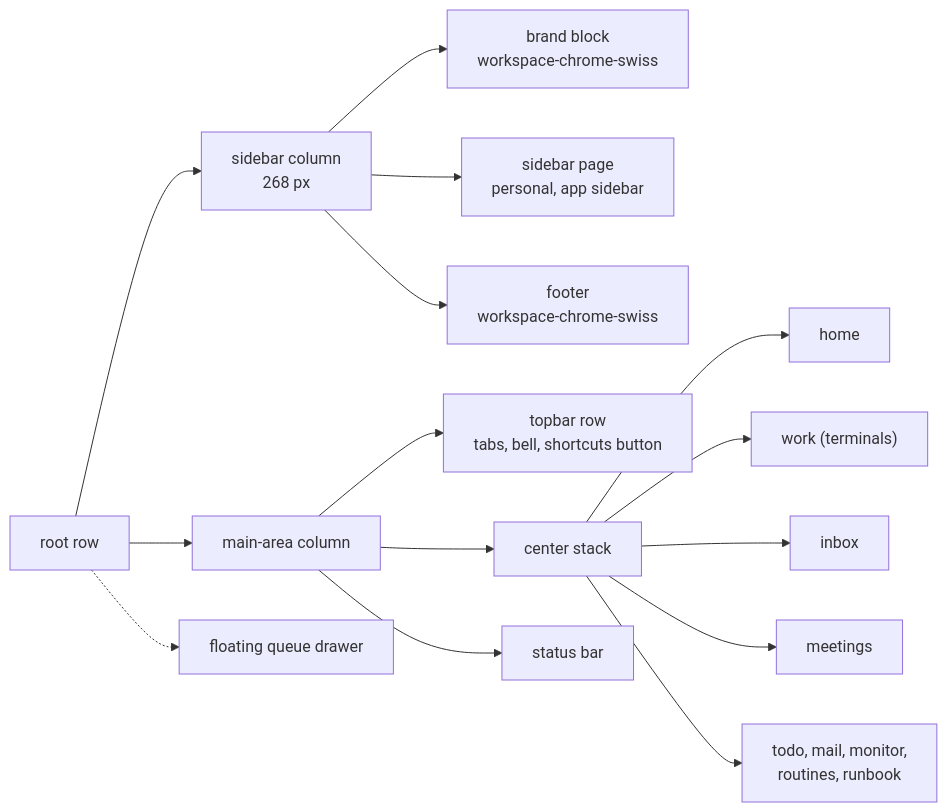
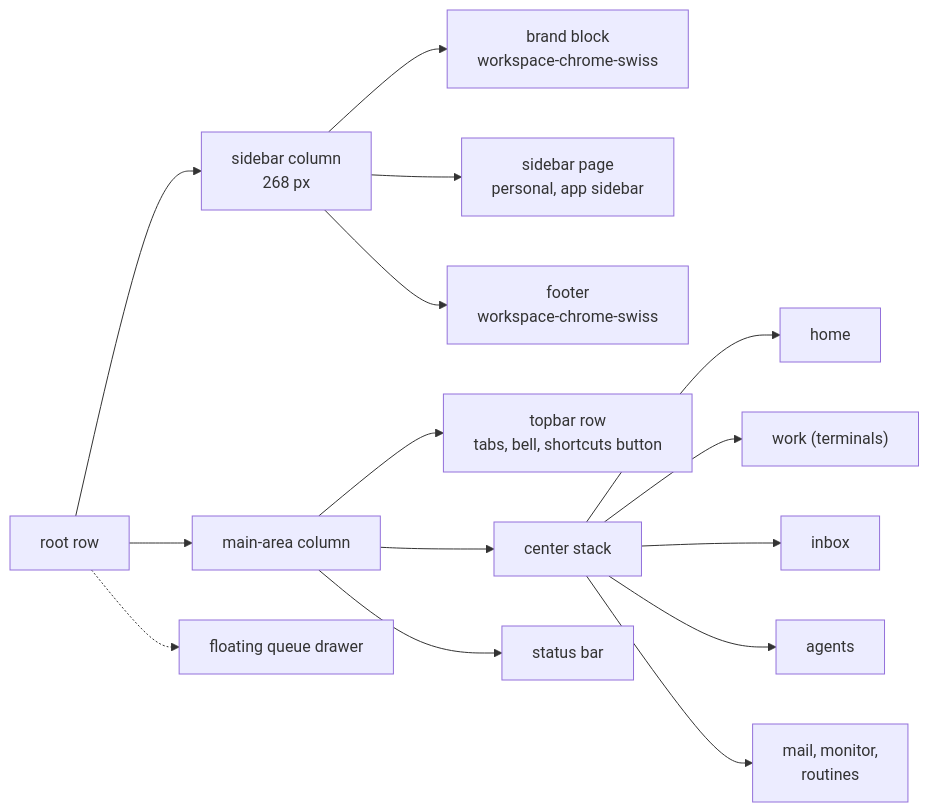
One commit to TQKNG/khanh-agent-workspace changed the second of 12 diagrams in herdr-layouts/khanh-personal/ARCHITECTURE.md. Above: the diagram before and after it, drawn with Mermaid. The commit also changed other lines of this file and 47 other files, not shown here.

````diff
--- a/herdr-layouts/khanh-personal/ARCHITECTURE.md
+++ b/herdr-layouts/khanh-personal/ARCHITECTURE.md
@@ -49,17 +52,17 @@
 ```mermaid
 flowchart LR
     ROOT["root row"] --> SIDEBAR["sidebar column<br/>268 px"]
     ROOT --> MAIN["main-area column"]
     SIDEBAR --> BRAND["brand block<br/>workspace-chrome-swiss"]
     SIDEBAR --> SPAGE["sidebar page<br/>personal, app sidebar"]
     SIDEBAR --> FOOT["footer<br/>workspace-chrome-swiss"]
     MAIN --> TOP["topbar row<br/>tabs, bell, shortcuts button"]
     MAIN --> CENTER["center stack"]
     MAIN --> STATUS["status bar"]
     CENTER --> P1["home"]
     CENTER --> P2["work (terminals)"]
     CENTER --> P3["inbox"]
-    CENTER --> P4["meetings"]
-    CENTER --> P5["todo, mail, monitor,<br/>routines, runbook"]
+    CENTER --> P4["agents"]
+    CENTER --> P5["mail, monitor,<br/>routines"]
     ROOT -.-> DRAWER["floating queue drawer"]
 ```
````
